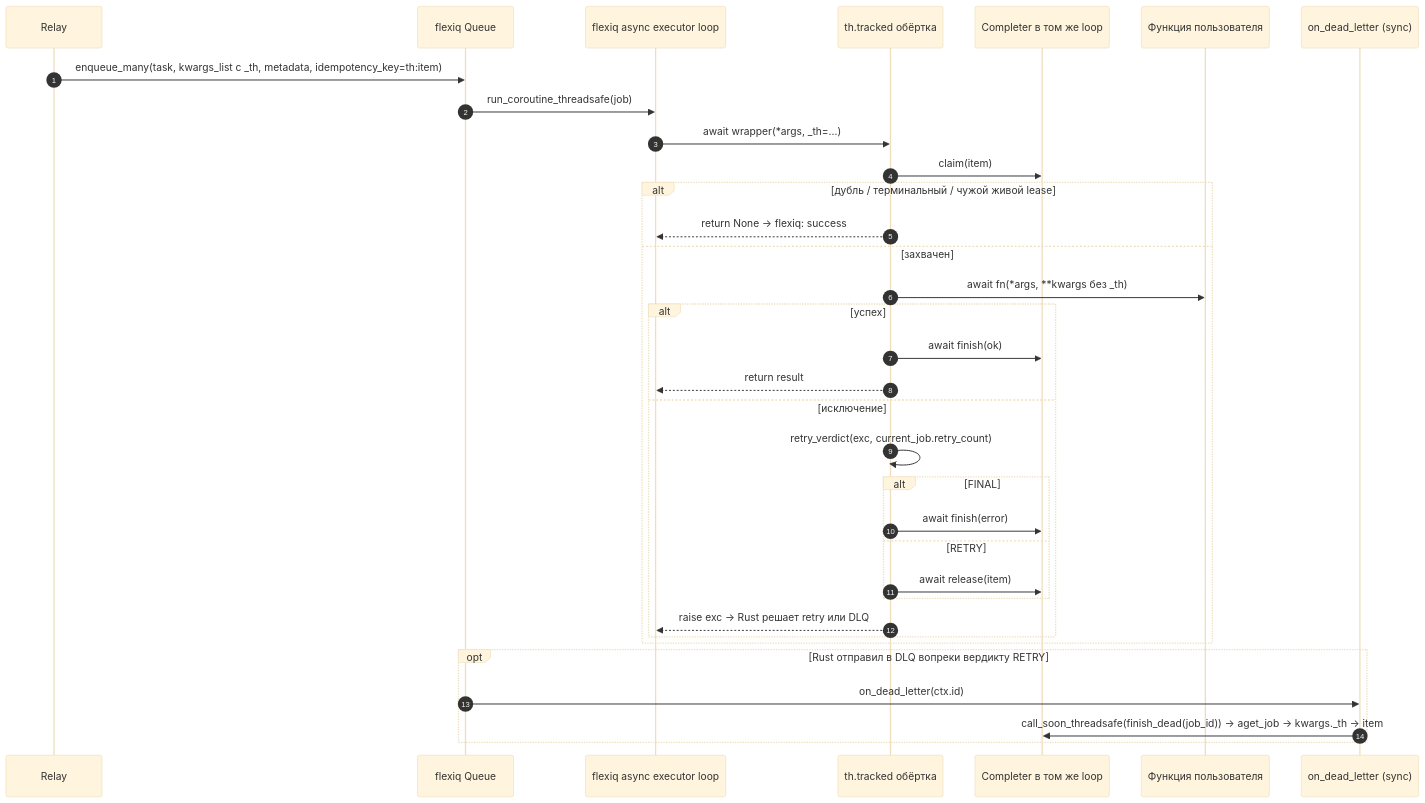
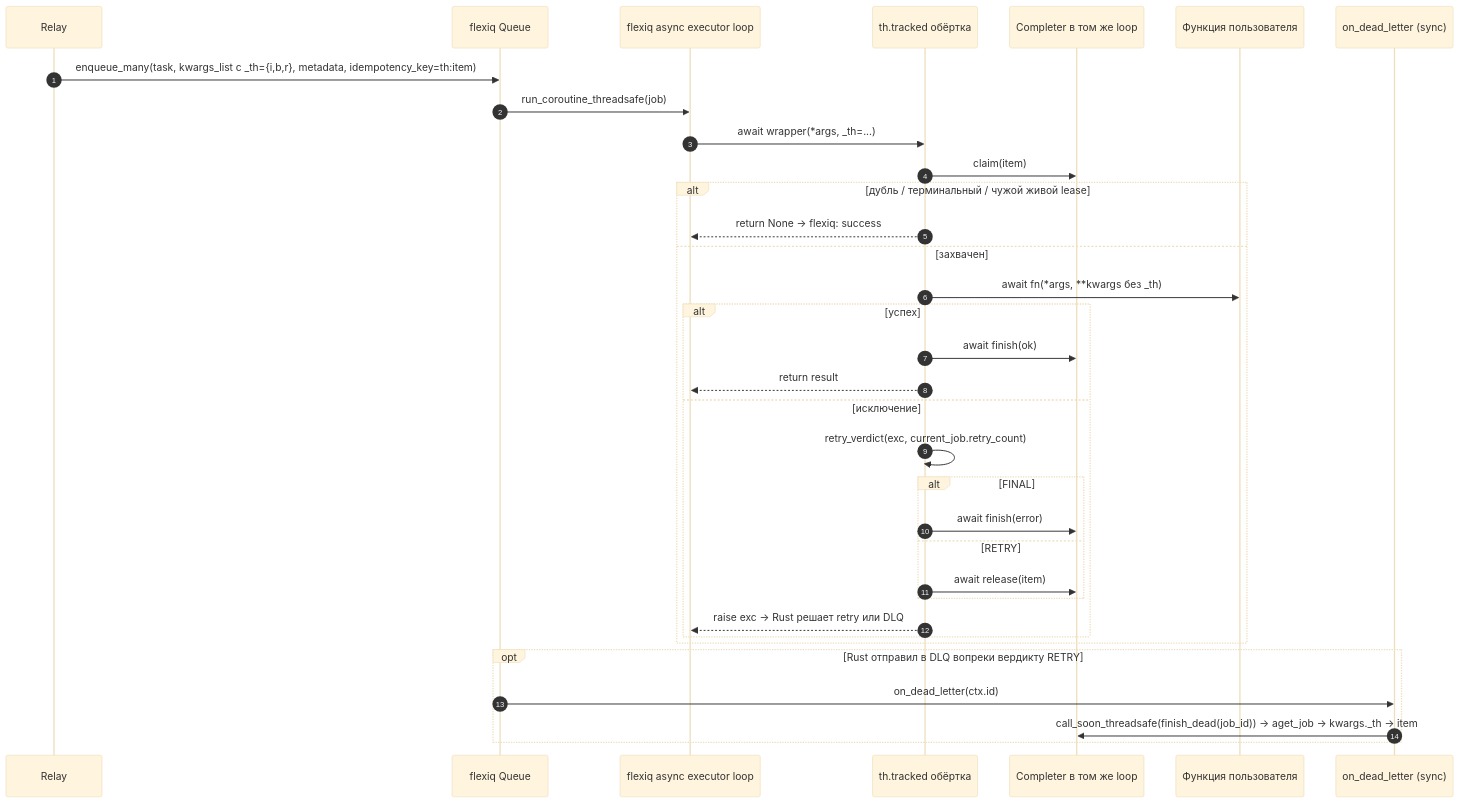
Diagram 31 of 39 in docs/ARCHITECTURE.md (0cherednoq/Tallyho), drawn with Mermaid (base theme) before and after one commit. The commit also changed other lines of this file and 14 other files, not shown here.

````diff
--- a/docs/ARCHITECTURE.md
+++ b/docs/ARCHITECTURE.md
@@ -1444,37 +1444,37 @@
 ```mermaid
 sequenceDiagram
     autonumber
     participant R as Relay
     participant Q as flexiq Queue
     participant X as flexiq async executor loop
     participant W as th.tracked обёртка
     participant C as Completer в том же loop
     participant F as Функция пользователя
     participant H as on_dead_letter (sync)
 
-    R->>Q: enqueue_many(task, kwargs_list с _th, metadata, idempotency_key=th:item)
+    R->>Q: enqueue_many(task, kwargs_list с _th={i,b,r}, metadata, idempotency_key=th:item)
     Q->>X: run_coroutine_threadsafe(job)
     X->>W: await wrapper(*args, _th=...)
     W->>C: claim(item)
     alt дубль / терминальный / чужой живой lease
         W-->>X: return None → flexiq: success
     else захвачен
         W->>F: await fn(*args, **kwargs без _th)
         alt успех
             W->>C: await finish(ok)
             W-->>X: return result
         else исключение
             W->>W: retry_verdict(exc, current_job.retry_count)
             alt FINAL
                 W->>C: await finish(error)
             else RETRY
                 W->>C: await release(item)
             end
             W-->>X: raise exc → Rust решает retry или DLQ
         end
     end
     opt Rust отправил в DLQ вопреки вердикту RETRY
         Q->>H: on_dead_letter(ctx.id)
         H->>C: call_soon_threadsafe(finish_dead(job_id)) → aget_job → kwargs._th → item
     end
 ```
````
